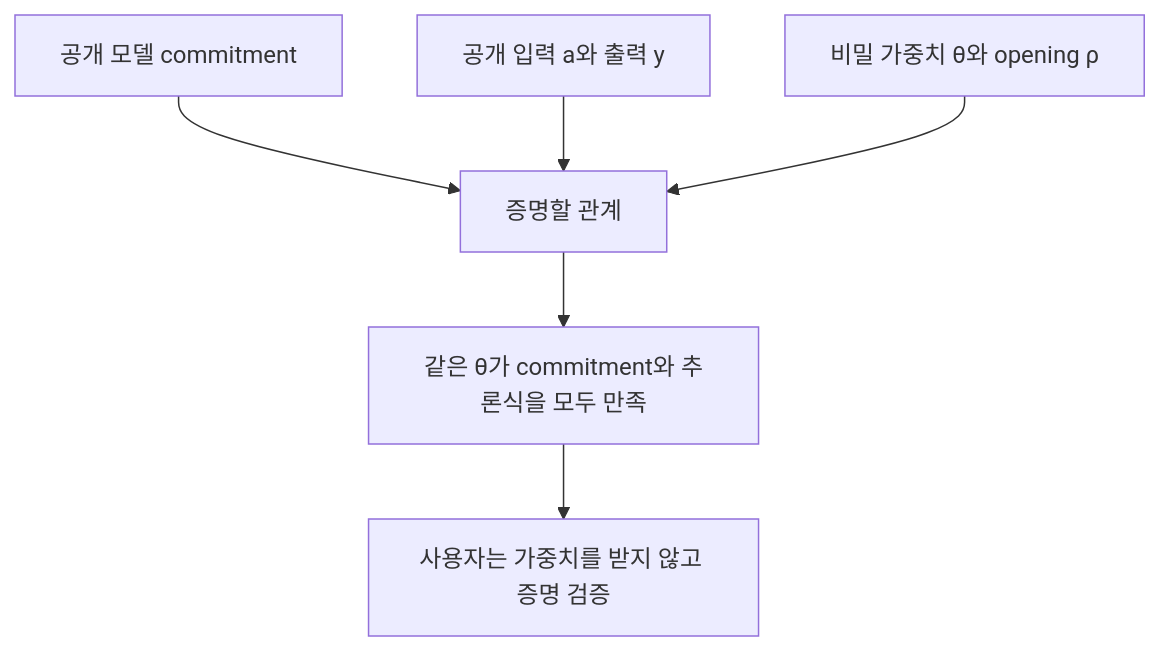
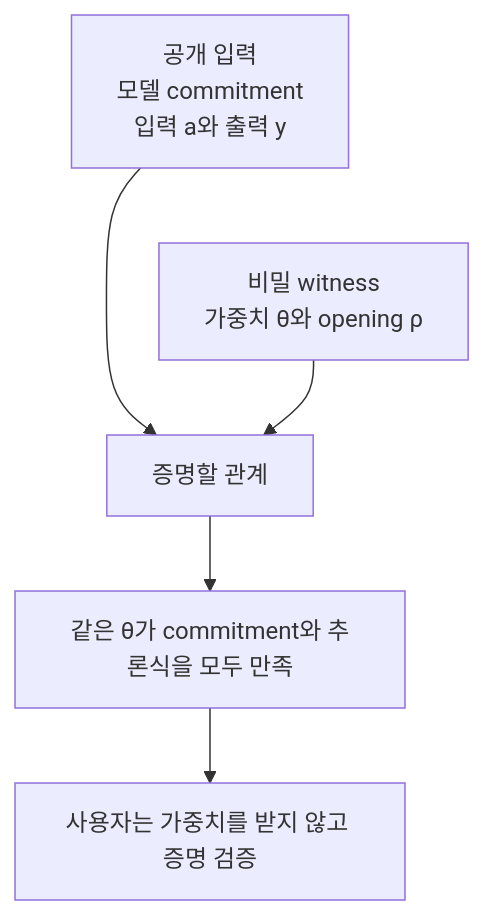
One commit to noir1458/noir1458.github.io changed the fourth of 4 diagrams in content/posts/02.Security/ai_security/ai-security-introduction-to-snark/index.md. Above: the diagram before and after it, drawn with Mermaid. The commit also changed other lines of this file and 14 other files, not shown here.

Commit message:
feat: improve diagram readability and CV print control

````diff
--- a/content/posts/02.Security/ai_security/ai-security-introduction-to-snark/index.md
+++ b/content/posts/02.Security/ai_security/ai-security-introduction-to-snark/index.md
@@ -327,8 +327,12 @@
 ```mermaid
 flowchart TD
-    C["공개 모델 commitment"] --> R["증명할 관계"]
-    A["공개 입력 a와 출력 y"] --> R
-    W["비밀 가중치 θ와 opening ρ"] --> R
+    U["`공개 입력
+모델 commitment
+입력 a와 출력 y`"] --> R["증명할 관계"]
+    %% 입력 박스를 세로로 배치하는 숨은 선
+    U ~~~ W
+    W["`비밀 witness
+가중치 θ와 opening ρ`"] --> R
     R --> P["같은 θ가 commitment와 추론식을 모두 만족"]
     P --> V["사용자는 가중치를 받지 않고 증명 검증"]
 ```
````
